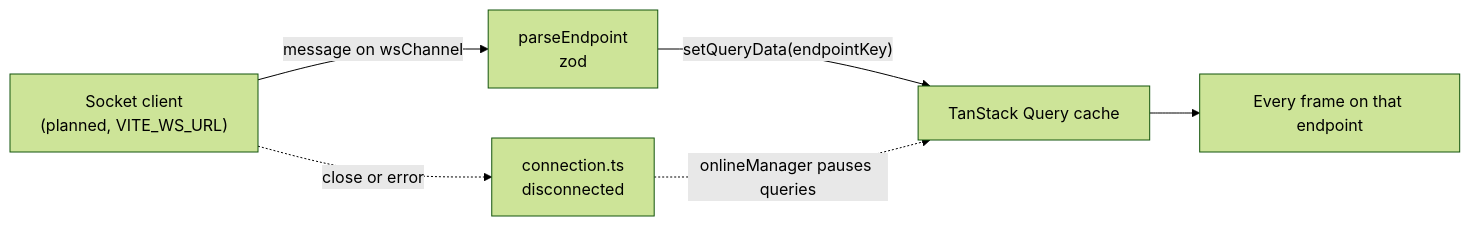
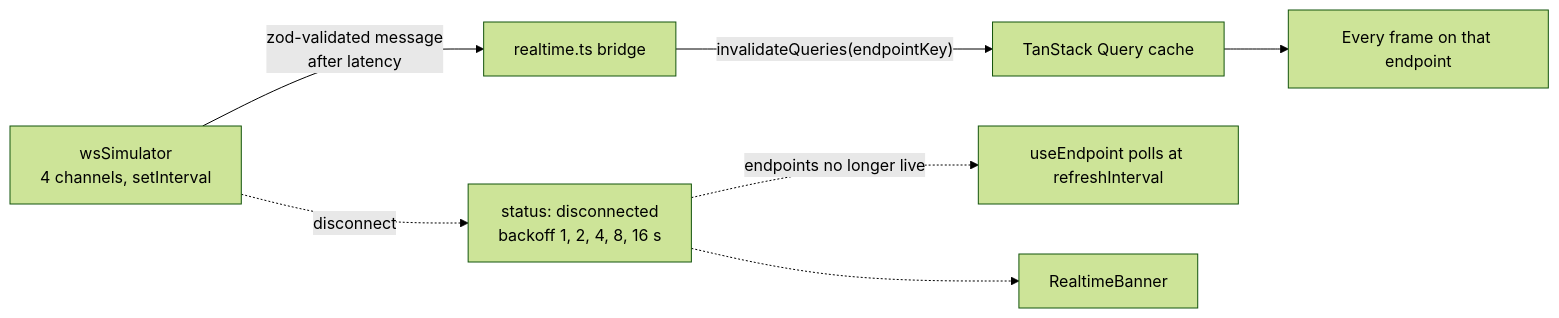
Before and after one commit to vaishnavibhagwat/Project-C: the third of 4 diagrams in docs/ARCHITECTURE.md, drawn with Mermaid (forest theme). The commit also changed other lines of this file and 14 other files, not shown here.

First line of the commit message:
feat(data): simulated WebSocket channels with polling fallback and backoff reconnect

````diff
--- a/docs/ARCHITECTURE.md
+++ b/docs/ARCHITECTURE.md
@@ -466,8 +466,9 @@
 ```mermaid
 flowchart LR
-  ws["Socket client<br/>(planned, VITE_WS_URL)"] -->|"message on wsChannel"| parse["parseEndpoint<br/>zod"]
-  parse -->|"setQueryData(endpointKey)"| cache["TanStack Query cache"]
+  sim["wsSimulator<br/>4 channels, setInterval"] -->|"zod-validated message<br/>after latency"| bridge["realtime.ts bridge"]
+  bridge -->|"invalidateQueries(endpointKey)"| cache["TanStack Query cache"]
   cache --> frames["Every frame on that endpoint"]
-  ws -.->|"close or error"| conn["connection.ts<br/>disconnected"]
-  conn -.->|"onlineManager pauses queries"| cache
+  sim -.->|"disconnect"| status["status: disconnected<br/>backoff 1, 2, 4, 8, 16 s"]
+  status -.->|"endpoints no longer live"| poll["useEndpoint polls at refreshInterval"]
+  status -.-> banner["RealtimeBanner"]
 ```
````
